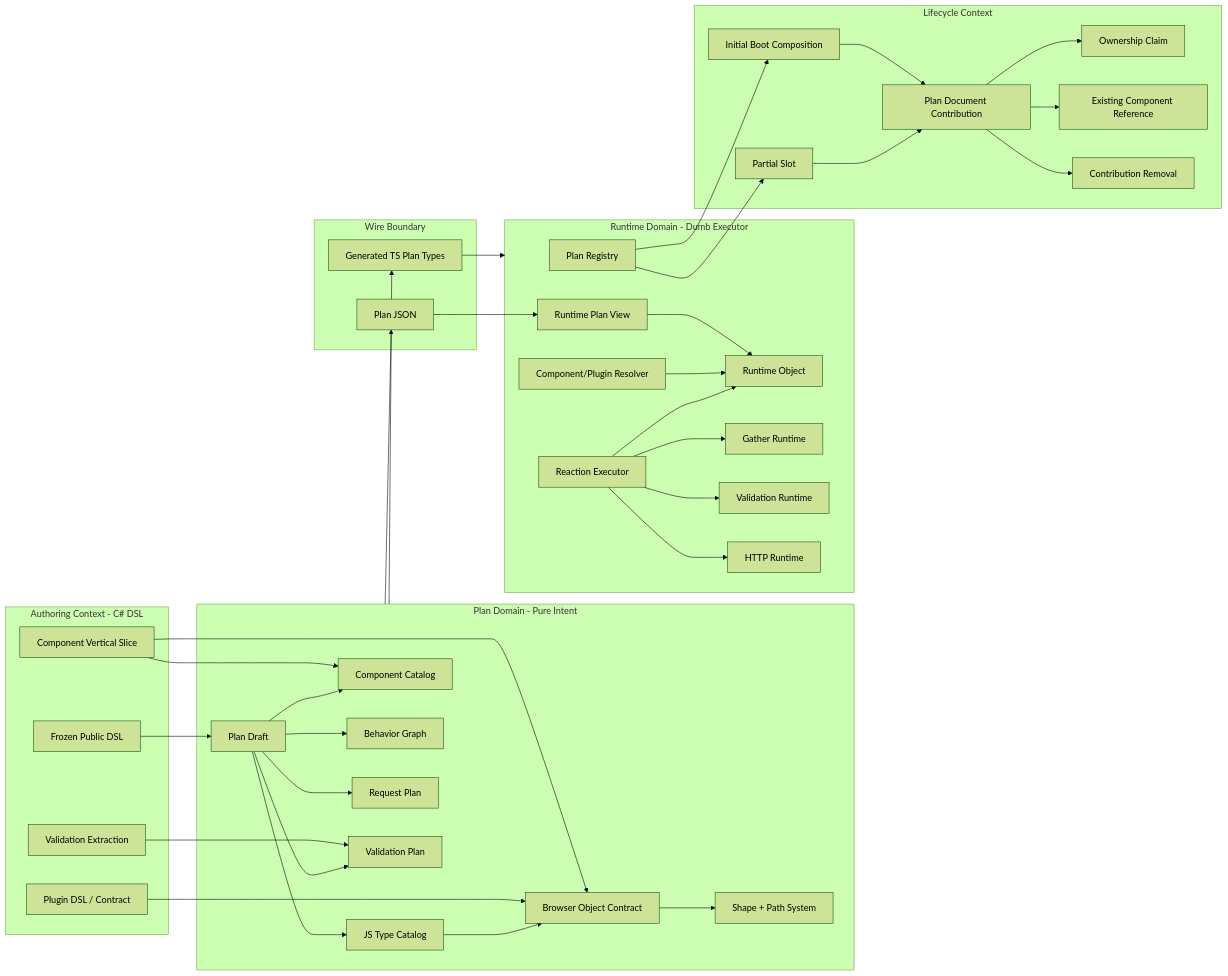
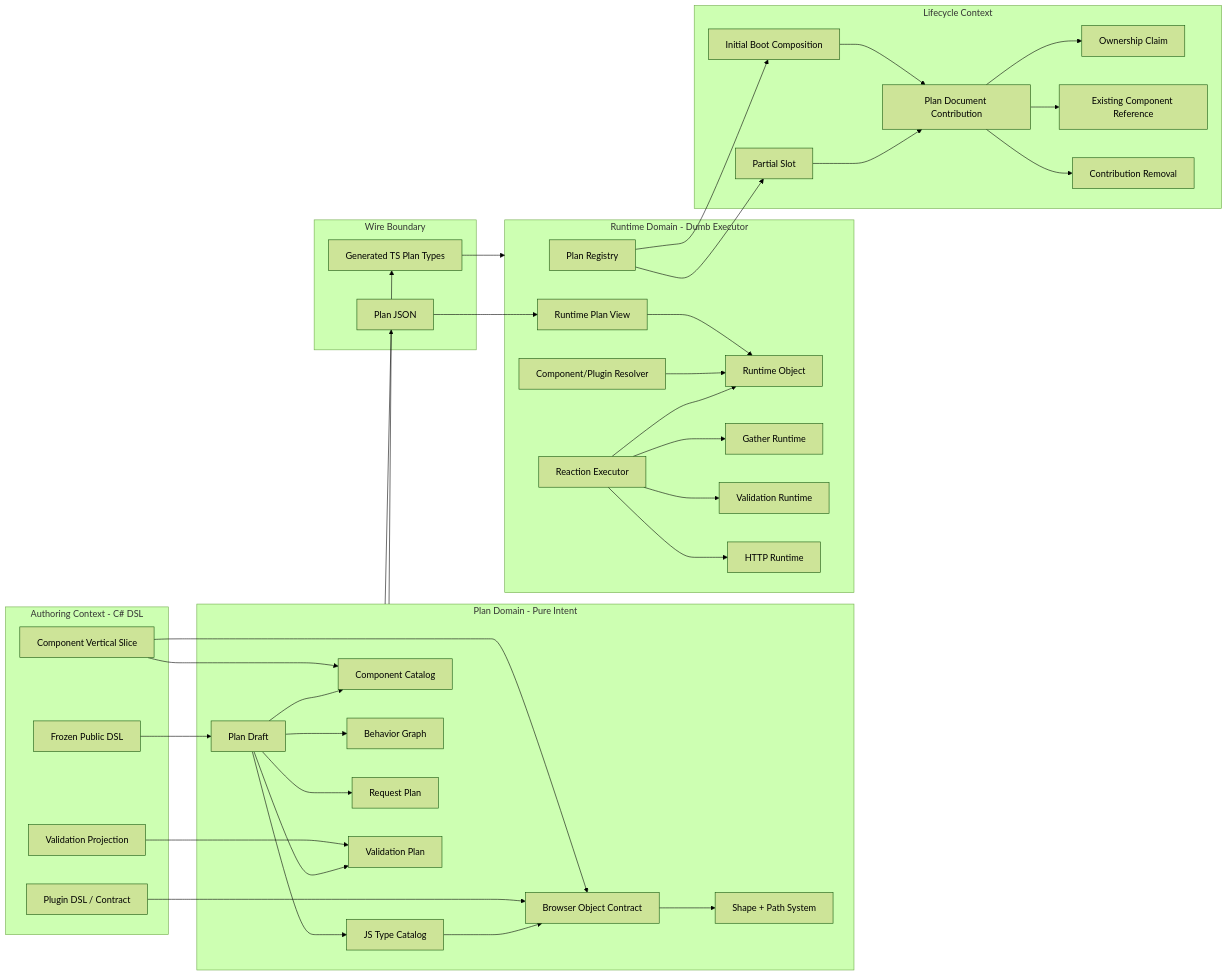
One commit to marafiq/alis-reactive changed the second of 5 diagrams in docs/reactive-plan-domain-language.md. Above: the diagram before and after it, drawn with Mermaid (forest theme). The commit also changed other lines of this file and 59 other files, not shown here.

Commit message:
Rename validation projection source contract

````diff
--- a/docs/reactive-plan-domain-language.md
+++ b/docs/reactive-plan-domain-language.md
@@ -83,79 +83,79 @@
 ```mermaid
 flowchart LR
     subgraph Authoring["Authoring Context - C# DSL"]
         DSL["Frozen Public DSL"]
         Slice["Component Vertical Slice"]
         PluginDsl["Plugin DSL / Contract"]
-        ValidationDsl["Validation Extraction"]
+        ValidationDsl["Validation Projection"]
     end
 
     subgraph PlanDomain["Plan Domain - Pure Intent"]
         Draft["Plan Draft"]
         ObjectContract["Browser Object Contract"]
         TypeCatalog["JS Type Catalog"]
         ComponentCatalog["Component Catalog"]
         BehaviorGraph["Behavior Graph"]
         RequestPlan["Request Plan"]
         ValidationPlan["Validation Plan"]
         ShapeSystem["Shape + Path System"]
     end
 
     subgraph Wire["Wire Boundary"]
         GeneratedTs["Generated TS Plan Types"]
         Json["Plan JSON"]
     end
 
     subgraph RuntimeDomain["Runtime Domain - Dumb Executor"]
         Registry["Plan Registry"]
         RuntimePlan["Runtime Plan View"]
         RuntimeObject["Runtime Object"]
         Resolver["Component/Plugin Resolver"]
         Executor["Reaction Executor"]
         Gather["Gather Runtime"]
         Validator["Validation Runtime"]
         Transport["HTTP Runtime"]
     end
 
     subgraph Lifecycle["Lifecycle Context"]
         Boot["Initial Boot Composition"]
         Slot["Partial Slot"]
         Contribution["Plan Document Contribution"]
         Ownership["Ownership Claim"]
         Reference["Existing Component Reference"]
         Unload["Contribution Removal"]
     end
 
     DSL --> Draft
     Slice --> ComponentCatalog
     Slice --> ObjectContract
     PluginDsl --> ObjectContract
     ValidationDsl --> ValidationPlan
 
     Draft --> TypeCatalog
     Draft --> ComponentCatalog
     Draft --> BehaviorGraph
     Draft --> RequestPlan
     Draft --> ValidationPlan
     ObjectContract --> ShapeSystem
     TypeCatalog --> ObjectContract
 
     PlanDomain --> Json
     PlanDomain --> GeneratedTs
     GeneratedTs --> RuntimeDomain
     Json --> RuntimePlan
 
     RuntimePlan --> RuntimeObject
     Resolver --> RuntimeObject
     Executor --> RuntimeObject
     Executor --> Gather
     Executor --> Validator
     Executor --> Transport
 
     Boot --> Contribution
     Slot --> Contribution
     Contribution --> Ownership
     Contribution --> Reference
     Contribution --> Unload
     Registry --> Boot
     Registry --> Slot
 ```
````
